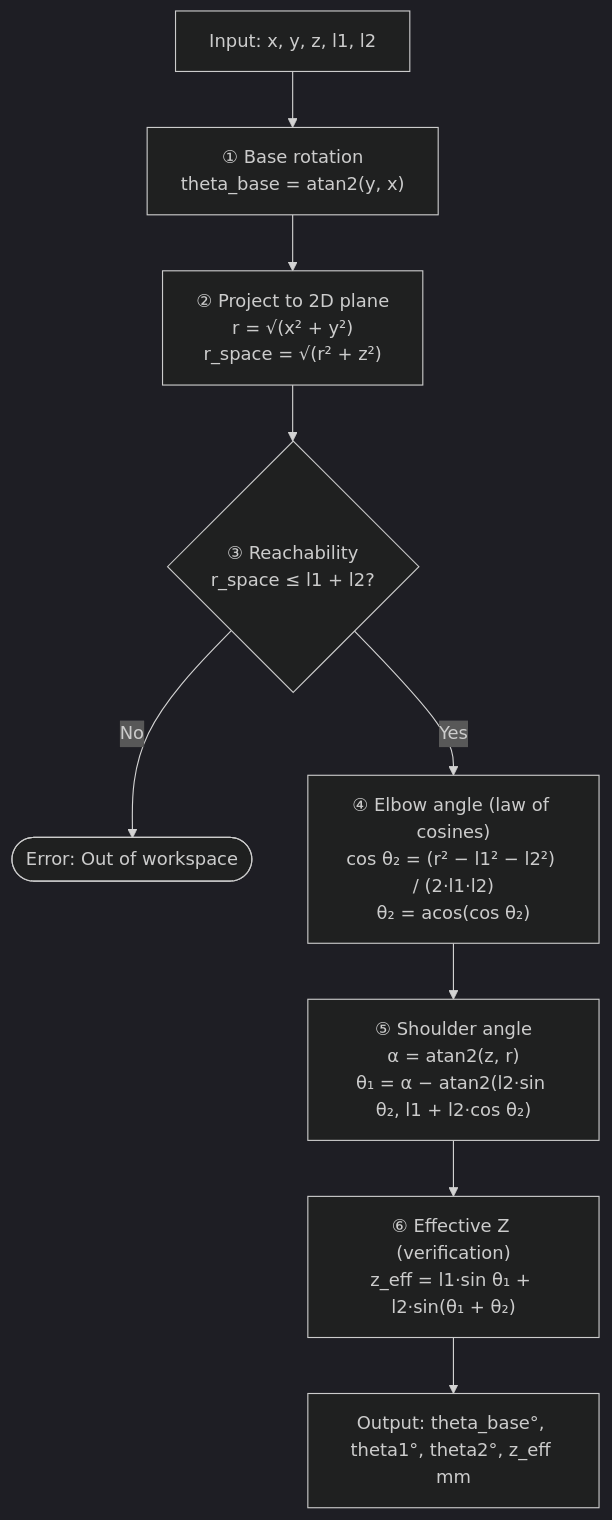
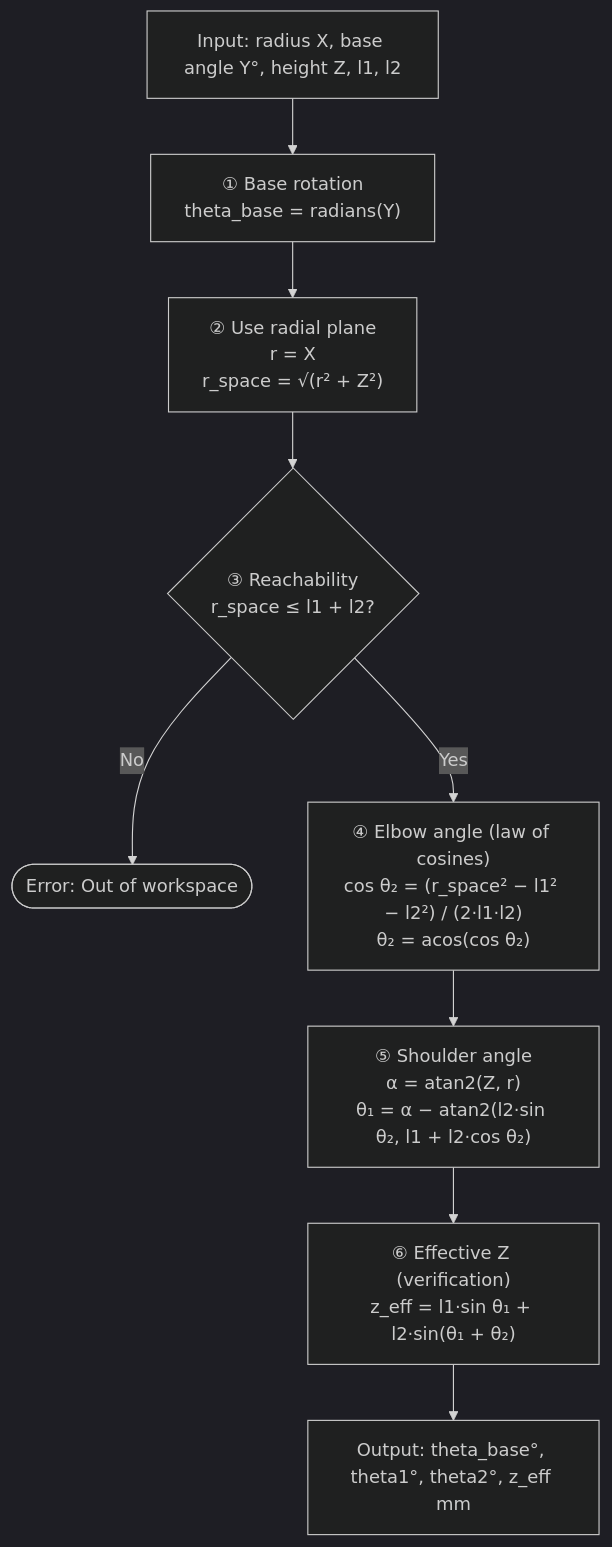
One commit to HASE-HGV/Roboterarm-HASE changed the fourth of 5 diagrams in README.md. Above: the diagram before and after it, drawn with Mermaid (dark theme). The commit also changed other lines of this file and 1 other file, not shown here.

````diff
--- a/README.md
+++ b/README.md
@@ -326,16 +326,16 @@
 ```mermaid
 flowchart TD
-    IN["Input: x, y, z, l1, l2"]
-    S1["① Base rotation\ntheta_base = atan2(y, x)"]
-    S2["② Project to 2D plane\nr = √(x² + y²)\nr_space = √(r² + z²)"]
+    IN["Input: radius X, base angle Y°, height Z, l1, l2"]
+    S1["① Base rotation\ntheta_base = radians(Y)"]
+    S2["② Use radial plane\nr = X\nr_space = √(r² + Z²)"]
     S3{"③ Reachability\nr_space ≤ l1 + l2?"}
     ERR(["Error: Out of workspace"])
-    S4["④ Elbow angle (law of cosines)\ncos θ₂ = (r² − l1² − l2²) / (2·l1·l2)\nθ₂ = acos(cos θ₂)"]
-    S5["⑤ Shoulder angle\nα = atan2(z, r)\nθ₁ = α − atan2(l2·sin θ₂, l1 + l2·cos θ₂)"]
+    S4["④ Elbow angle (law of cosines)\ncos θ₂ = (r_space² − l1² − l2²) / (2·l1·l2)\nθ₂ = acos(cos θ₂)"]
+    S5["⑤ Shoulder angle\nα = atan2(Z, r)\nθ₁ = α − atan2(l2·sin θ₂, l1 + l2·cos θ₂)"]
     S6["⑥ Effective Z (verification)\nz_eff = l1·sin θ₁ + l2·sin(θ₁ + θ₂)"]
     OUT["Output: theta_base°, theta1°, theta2°, z_eff mm"]
 
     IN --> S1 --> S2 --> S3
     S3 -- No --> ERR
     S3 -- Yes --> S4 --> S5 --> S6 --> OUT
 ```
````
